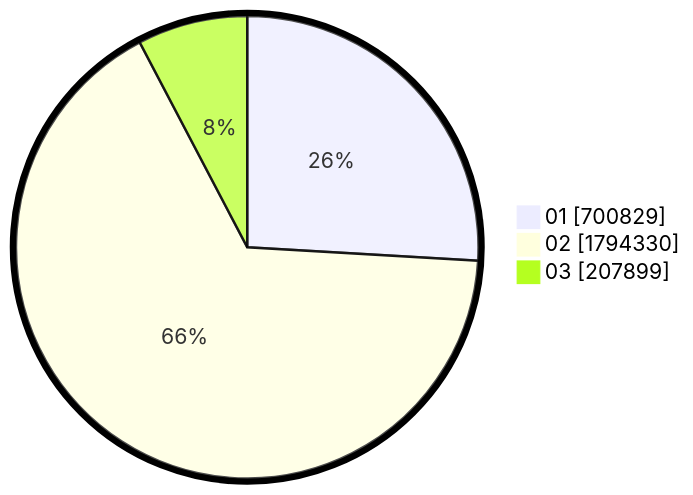
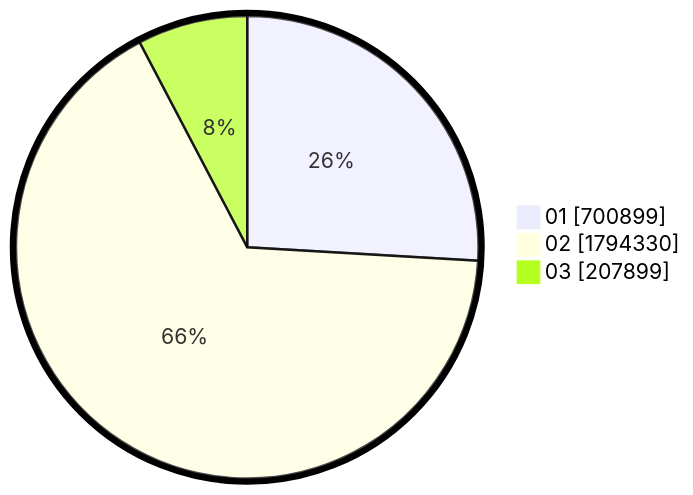
One commit to gigit-pemilu/pemilu-2024 changed the second of 2 diagrams in pilpres/hitung-suara/sub/table-wilayah-52.md. Above: the diagram before and after it, drawn with Mermaid. The commit also changed other lines of this file and 10 other files, not shown here.

````diff
--- a/pilpres/hitung-suara/sub/table-wilayah-52.md
+++ b/pilpres/hitung-suara/sub/table-wilayah-52.md
@@ -15,7 +15,7 @@
 ```mermaid
 %%{init: {"pie": {"textPosition": 0.5}, "themeVariables": {"pieOuterStrokeWidth": "5px"}} }%%
 pie showData
-    "01" : 700829
+    "01" : 700899
     "02" : 1794330
     "03" : 207899
 ```
````
